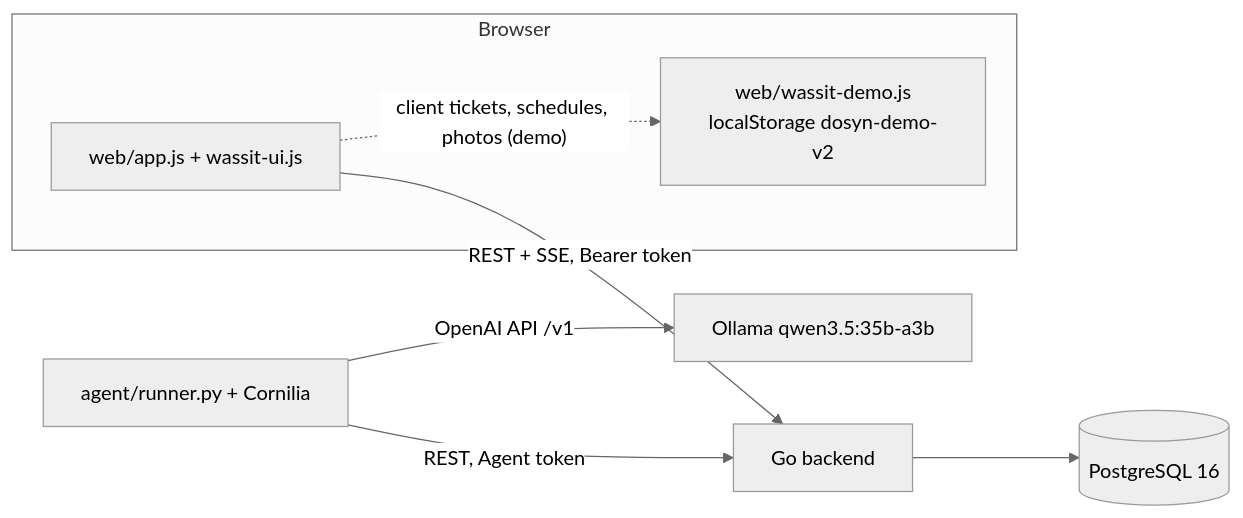
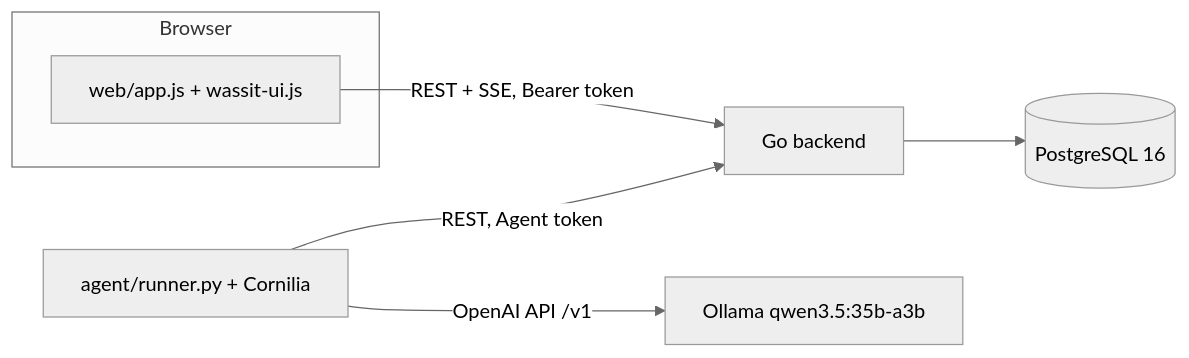
The first of 5 diagrams in docs/ARCHITECTURE.md (gamercreative/alphahack), drawn with Mermaid (neutral theme) before and after one commit. The commit also changed other lines of this file and 7 other files, not shown here.

````diff
--- a/docs/ARCHITECTURE.md
+++ b/docs/ARCHITECTURE.md
@@ -16,12 +16,10 @@
 ```mermaid
 flowchart LR
   subgraph Browser
     UI[web/app.js + wassit-ui.js]
-    DEMO[web/wassit-demo.js<br/>localStorage dosyn-demo-v2]
   end
   UI -- "REST + SSE, Bearer token" --> API[Go backend]
-  UI -. "client tickets, schedules, photos (demo)" .-> DEMO
   RUN[agent/runner.py + Cornilia] -- "REST, Agent token" --> API
   RUN -- "OpenAI API /v1" --> OLL[Ollama qwen3.5:35b-a3b]
   API --> PG[(PostgreSQL 16)]
 ```
````
